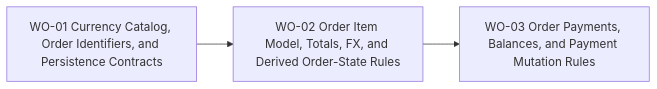
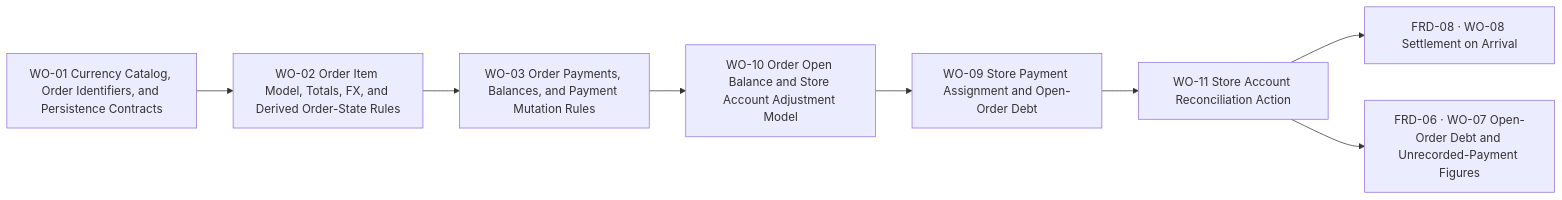
One commit to MineiToshio/PandaTrack changed the diagram in docs/product/prd-02-collector-app/frd-05-order-payment-shipment/bp-01-order-domain-foundation/bp-01-order-domain-foundation.md. Above: the diagram before and after it, drawn with Mermaid. The commit also changed other lines of this file and 184 other files, not shown here.

First line of the commit message:
feat: store-level reconciliation, settlement on arrival and E2E data guard

````diff
--- a/docs/product/prd-02-collector-app/frd-05-order-payment-shipment/bp-01-order-domain-foundation/bp-01-order-domain-foundation.md
+++ b/docs/product/prd-02-collector-app/frd-05-order-payment-shipment/bp-01-order-domain-foundation/bp-01-order-domain-foundation.md
@@ -91,9 +217,19 @@
 ```mermaid
 flowchart LR
   WO01["WO-01 Currency Catalog, Order Identifiers, and Persistence Contracts"]
   WO02["WO-02 Order Item Model, Totals, FX, and Derived Order-State Rules"]
   WO03["WO-03 Order Payments, Balances, and Payment Mutation Rules"]
+  WO10["WO-10 Order Open Balance and Store Account Adjustment Model"]
+  WO09["WO-09 Store Payment Assignment and Open-Order Debt"]
+  WO11["WO-11 Store Account Reconciliation Action"]
+  FRD08WO08["FRD-08 · WO-08 Settlement on Arrival"]
+  FRD06WO07["FRD-06 · WO-07 Open-Order Debt and Unrecorded-Payment Figures"]
 
   WO01 --> WO02
   WO02 --> WO03
+  WO03 --> WO10
+  WO10 --> WO09
+  WO09 --> WO11
+  WO11 --> FRD08WO08
+  WO11 --> FRD06WO07
 ```
````
